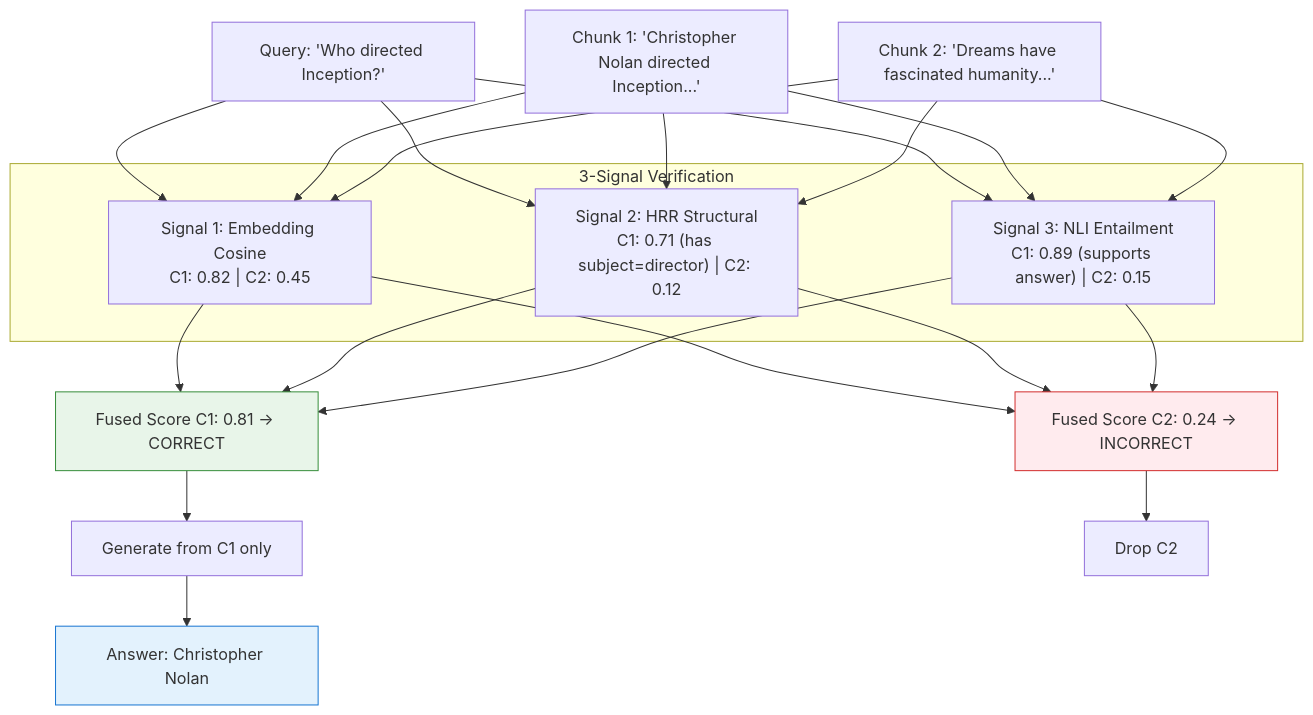
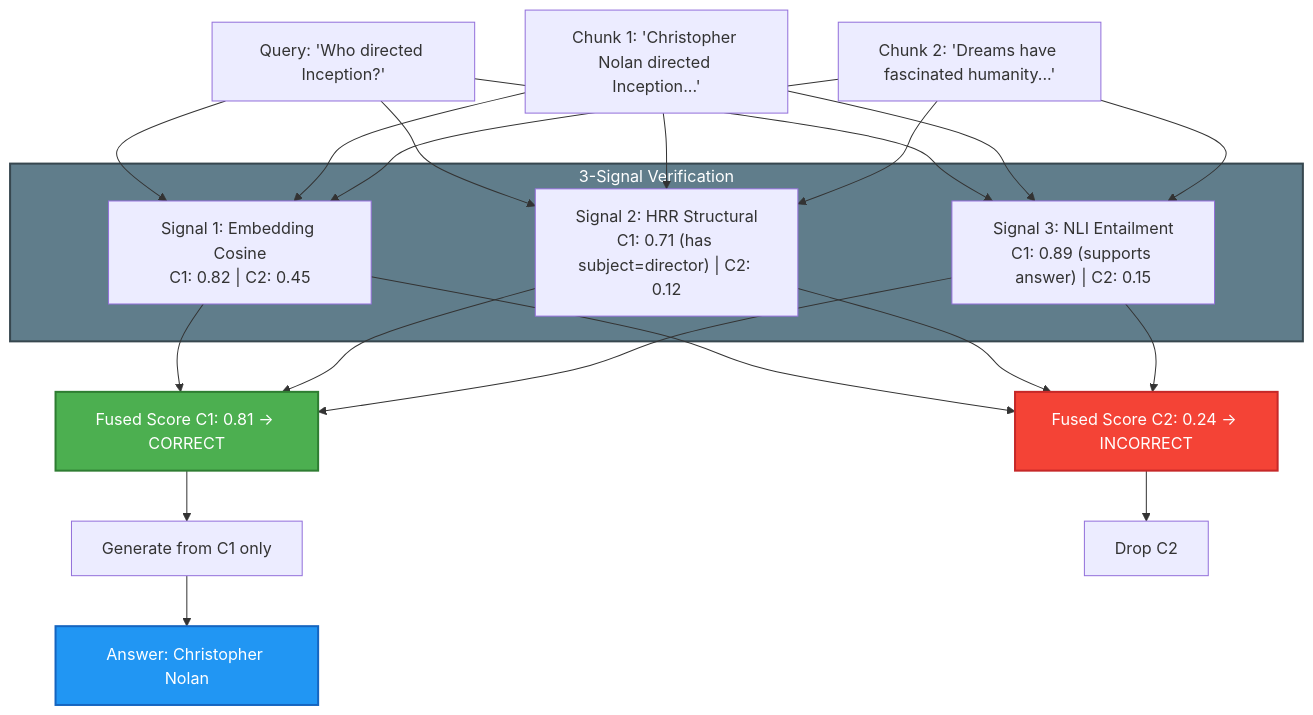
The third of 3 diagrams in README.md (iamhero2709/corrective-rag), drawn with Mermaid before and after one commit. The commit also changed other lines of this file and 3 other files, not shown here.

First line of the commit message:
fix: dark-mode Mermaid diagrams, multi-part answers, citation text limit

````diff
--- a/README.md
+++ b/README.md
@@ -160,38 +163,39 @@
 ```mermaid
 flowchart TD
     Q["Query: 'Who directed Inception?'"]
     C1["Chunk 1: 'Christopher Nolan directed Inception...'"]
     C2["Chunk 2: 'Dreams have fascinated humanity...'"]
 
     subgraph Verify["3-Signal Verification"]
         E["Signal 1: Embedding Cosine<br/>C1: 0.82 | C2: 0.45"]
         S["Signal 2: HRR Structural<br/>C1: 0.71 (has subject=director) | C2: 0.12"]
         N["Signal 3: NLI Entailment<br/>C1: 0.89 (supports answer) | C2: 0.15"]
     end
 
     Q --> E
     Q --> S
     Q --> N
     C1 --> E
     C1 --> S
     C1 --> N
     C2 --> E
     C2 --> S
     C2 --> N
 
     E --> F1["Fused Score C1: 0.81 → CORRECT"]
     S --> F1
     N --> F1
     E --> F2["Fused Score C2: 0.24 → INCORRECT"]
     S --> F2
     N --> F2
 
     F1 --> GEN["Generate from C1 only"]
     F2 --> DROP["Drop C2"]
 
     GEN --> ANSWER["Answer: Christopher Nolan"]
 
-    style F1 fill:#e8f5e9,stroke:#388e3c
-    style F2 fill:#ffebee,stroke:#d32f2f
-    style ANSWER fill:#e3f2fd,stroke:#1976d2
+    style F1 fill:#4CAF50,stroke:#2E7D32,color:#fff,stroke-width:2px
+    style F2 fill:#F44336,stroke:#C62828,color:#fff,stroke-width:2px
+    style ANSWER fill:#2196F3,stroke:#1565C0,color:#fff,stroke-width:2px
+    style Verify fill:#607D8B,stroke:#37474F,color:#fff,stroke-width:2px
 ```
````
